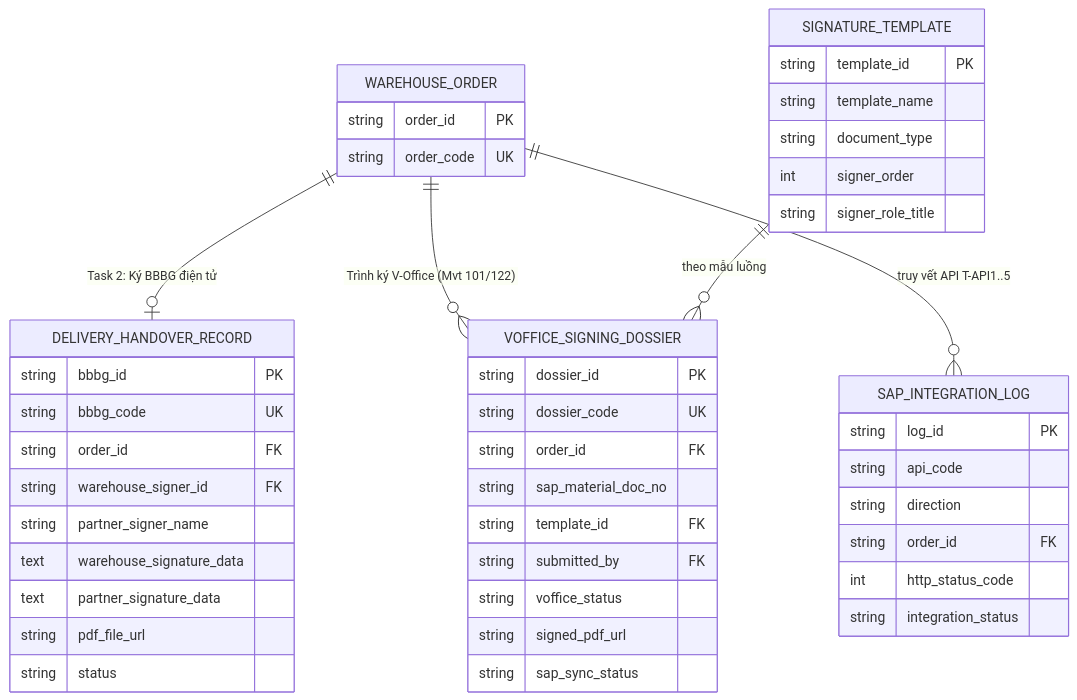
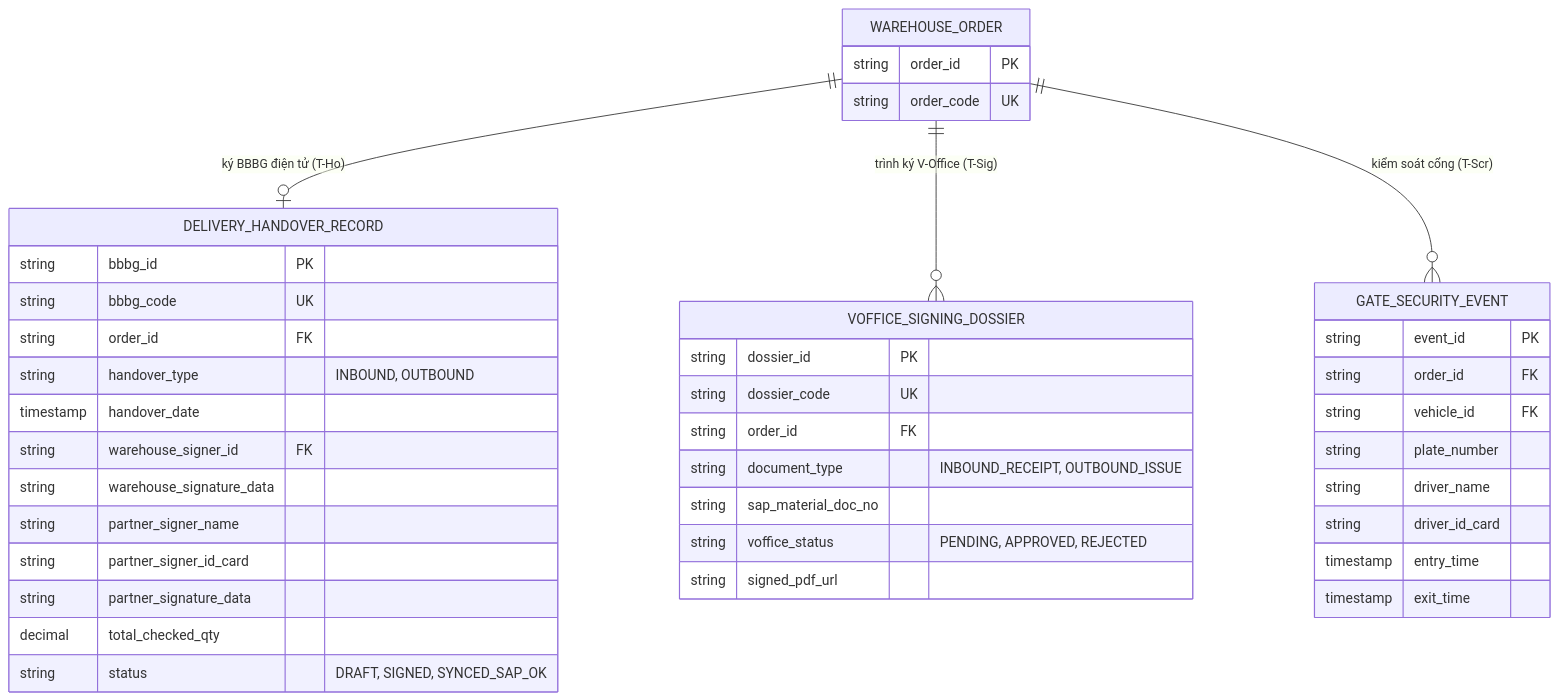
The eighth of 8 diagrams in dev/db/01_Entity_Attribute_Dictionary.md (EdwardTran04/Project_Management), drawn with Mermaid before and after one commit. The commit also changed other lines of this file and 2 other files, not shown here.

````diff
--- a/dev/db/01_Entity_Attribute_Dictionary.md
+++ b/dev/db/01_Entity_Attribute_Dictionary.md
@@ -418,49 +548,44 @@
 ```mermaid
 erDiagram
     WAREHOUSE_ORDER {
         string order_id PK
         string order_code UK
     }
     DELIVERY_HANDOVER_RECORD {
         string bbbg_id PK
         string bbbg_code UK
         string order_id FK
+        string handover_type "INBOUND, OUTBOUND"
+        timestamp handover_date
         string warehouse_signer_id FK
+        string warehouse_signature_data
         string partner_signer_name
-        text warehouse_signature_data
-        text partner_signature_data
-        string pdf_file_url
-        string status
-    }
-    SIGNATURE_TEMPLATE {
-        string template_id PK
-        string template_name
-        string document_type
-        int signer_order
-        string signer_role_title
+        string partner_signer_id_card
+        string partner_signature_data
+        decimal total_checked_qty
+        string status "DRAFT, SIGNED, SYNCED_SAP_OK"
     }
     VOFFICE_SIGNING_DOSSIER {
         string dossier_id PK
         string dossier_code UK
         string order_id FK
+        string document_type "INBOUND_RECEIPT, OUTBOUND_ISSUE"
         string sap_material_doc_no
-        string template_id FK
-        string submitted_by FK
-        string voffice_status
+        string voffice_status "PENDING, APPROVED, REJECTED"
         string signed_pdf_url
-        string sap_sync_status
     }
-    SAP_INTEGRATION_LOG {
-        string log_id PK
-        string api_code
-        string direction
+    GATE_SECURITY_EVENT {
+        string event_id PK
         string order_id FK
-        int http_status_code
-        string integration_status
+        string vehicle_id FK
+        string plate_number
+        string driver_name
+        string driver_id_card
+        timestamp entry_time
+        timestamp exit_time
     }
 
-    WAREHOUSE_ORDER ||--o| DELIVERY_HANDOVER_RECORD : "Task 2: Ký BBBG điện tử"
-    WAREHOUSE_ORDER ||--o{ VOFFICE_SIGNING_DOSSIER : "Trình ký V-Office (Mvt 101/122)"
-    SIGNATURE_TEMPLATE ||--o{ VOFFICE_SIGNING_DOSSIER : "theo mẫu luồng"
-    WAREHOUSE_ORDER ||--o{ SAP_INTEGRATION_LOG : "truy vết API T-API1..5"
+    WAREHOUSE_ORDER ||--o| DELIVERY_HANDOVER_RECORD : "ký BBBG điện tử (T-Ho)"
+    WAREHOUSE_ORDER ||--o{ VOFFICE_SIGNING_DOSSIER : "trình ký V-Office (T-Sig)"
+    WAREHOUSE_ORDER ||--o{ GATE_SECURITY_EVENT : "kiểm soát cổng (T-Scr)"
 ```
````
